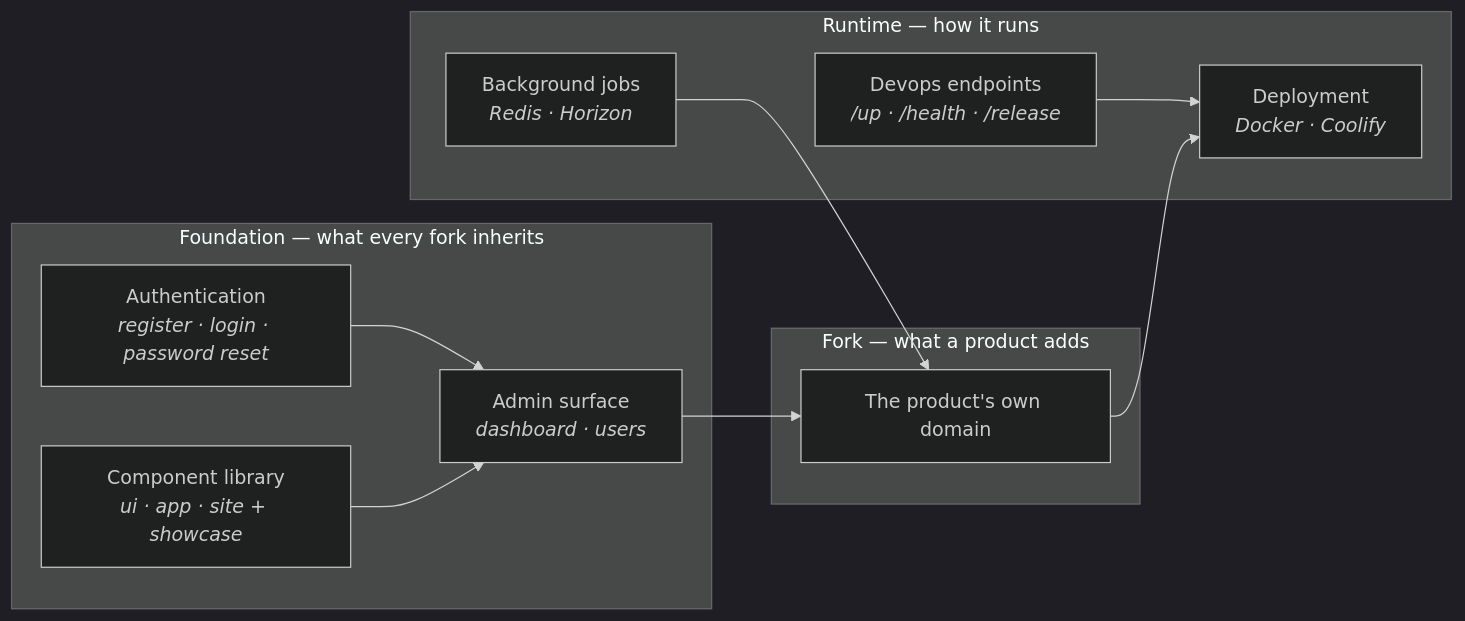
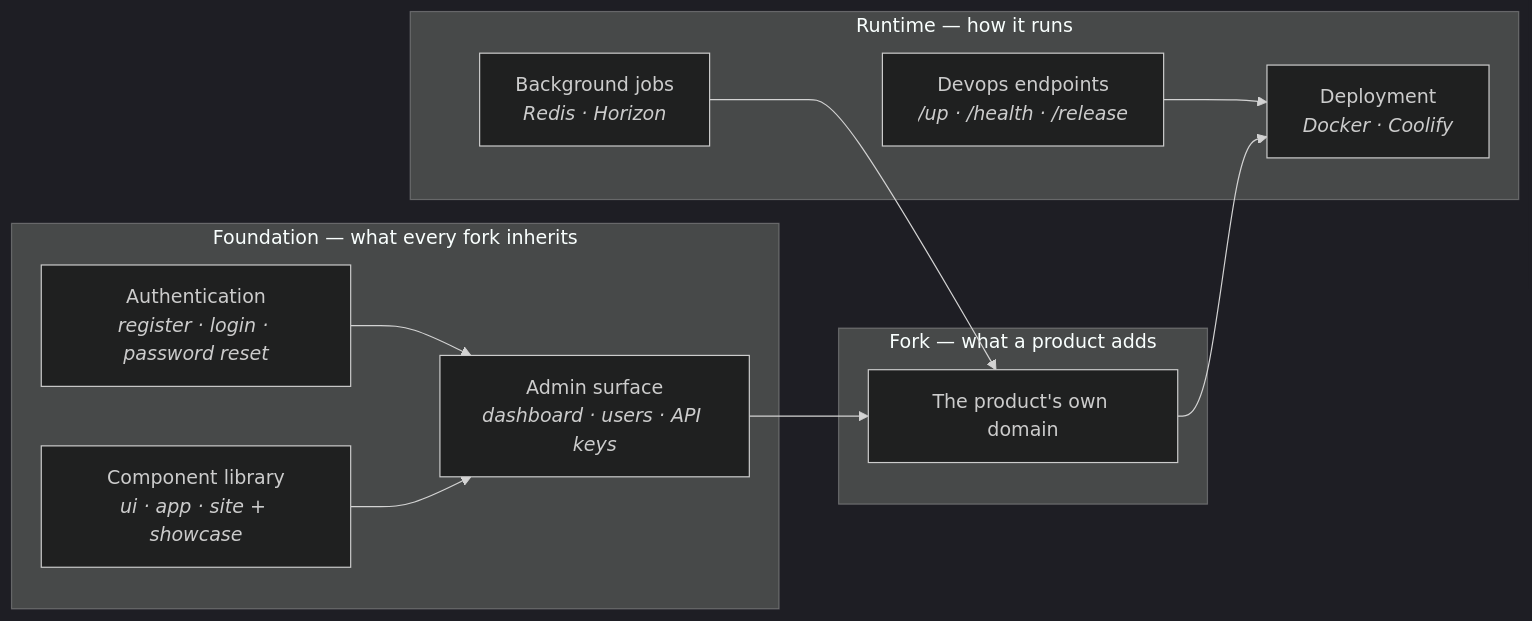
Before and after one commit to timothymarois/template-laravel-app: the diagram in docs/concepts/platform.md, drawn with Mermaid (dark theme). The commit also changed other lines of this file and 21 other files, not shown here.

First line of the commit message:
feat(api): add built-in API keys on Sanctum

````diff
--- a/docs/concepts/platform.md
+++ b/docs/concepts/platform.md
@@ -12,23 +12,23 @@
 ```mermaid
 flowchart LR
   subgraph Foundation["Foundation — what every fork inherits"]
     auth["Authentication<br/><i>register · login · password reset</i>"]
-    admin["Admin surface<br/><i>dashboard · users</i>"]
+    admin["Admin surface<br/><i>dashboard · users · API keys</i>"]
     kit["Component library<br/><i>ui · app · site + showcase</i>"]
   end
   subgraph Runtime["Runtime — how it runs"]
     jobs["Background jobs<br/><i>Redis · Horizon</i>"]
     health["Devops endpoints<br/><i>/up · /health · /release</i>"]
     deploy["Deployment<br/><i>Docker · Coolify</i>"]
   end
   subgraph Fork["Fork — what a product adds"]
     product["The product's own domain"]
   end
 
   auth --> admin
   kit --> admin
   admin --> product
   jobs --> product
   health --> deploy
   product --> deploy
 ```
````
